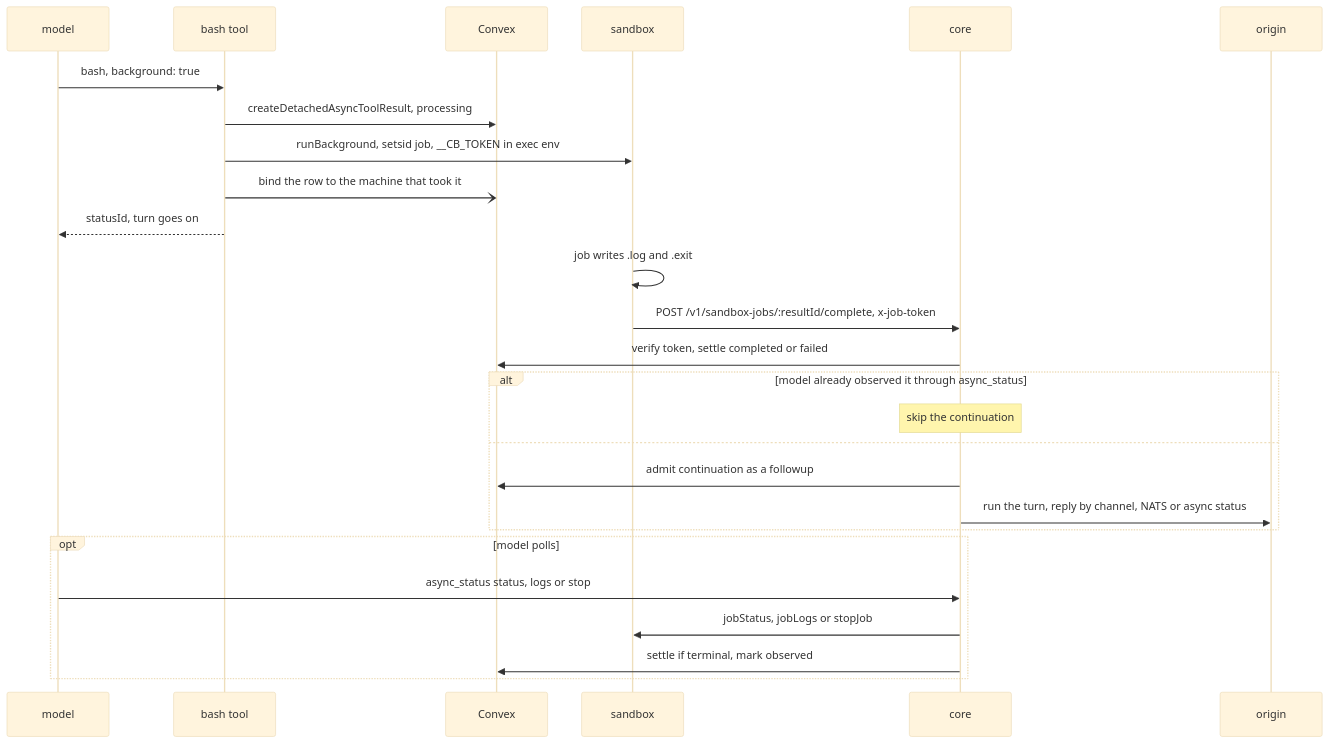
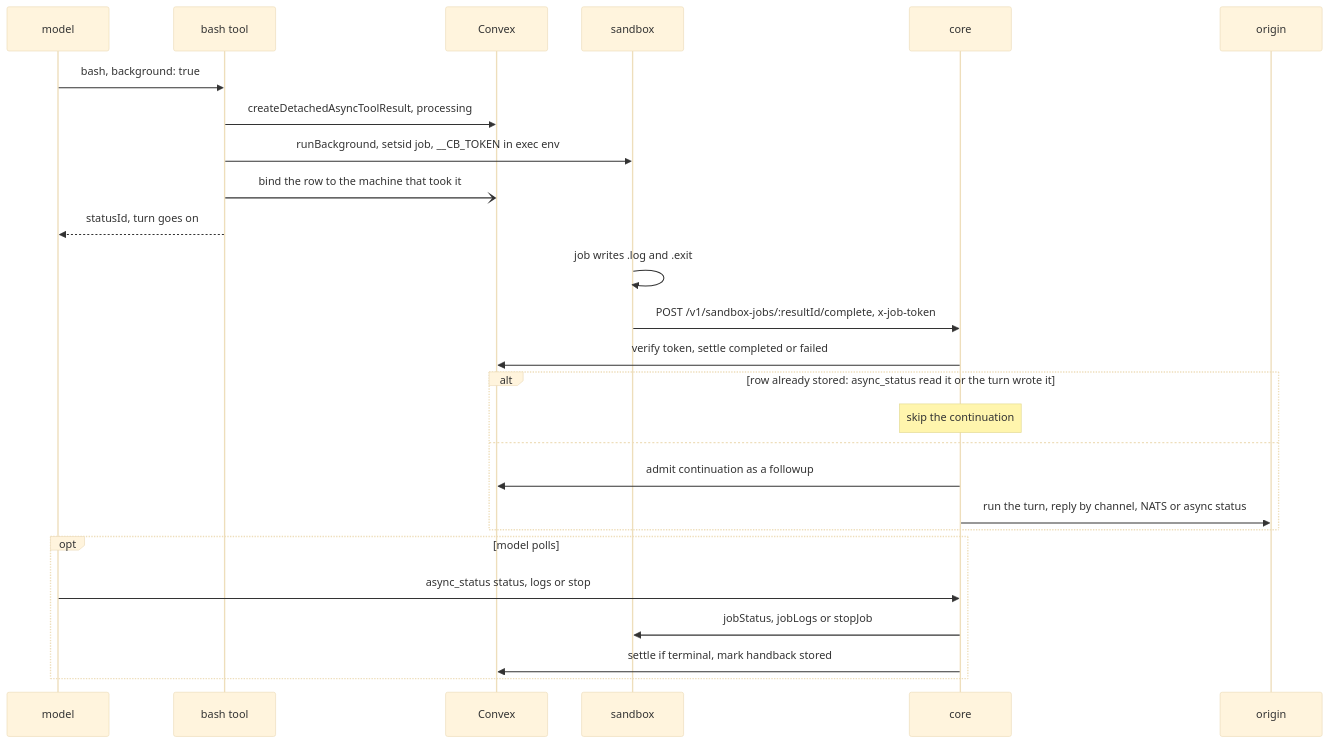
Before and after one commit to beeblastco/broods: the ninth of 22 diagrams in apps/docs/docs/internals/sandboxes.md, drawn with Mermaid (base theme). The commit also changed other lines of this file and 18 other files, not shown here.

First line of the commit message:
refactor(core,convex): name the hand-back by what it is, and strip observed once

````diff
--- a/apps/docs/docs/internals/sandboxes.md
+++ b/apps/docs/docs/internals/sandboxes.md
@@ -272,29 +272,29 @@
 ```mermaid
 sequenceDiagram
   participant M as model
   participant B as bash tool
   participant CVX as Convex
   participant S as sandbox
   participant Core as core
   participant O as origin
 
   M->>B: bash, background: true
   B->>CVX: createDetachedAsyncToolResult, processing
   B->>S: runBackground, setsid job, __CB_TOKEN in exec env
   B-)CVX: bind the row to the machine that took it
   B-->>M: statusId, turn goes on
   S->>S: job writes .log and .exit
   S->>Core: POST /v1/sandbox-jobs/:resultId/complete, x-job-token
   Core->>CVX: verify token, settle completed or failed
-  alt model already observed it through async_status
+  alt row already stored: async_status read it or the turn wrote it
     Note over Core: skip the continuation
   else
     Core->>CVX: admit continuation as a followup
     Core->>O: run the turn, reply by channel, NATS or async status
   end
   opt model polls
     M->>Core: async_status status, logs or stop
     Core->>S: jobStatus, jobLogs or stopJob
-    Core->>CVX: settle if terminal, mark observed
+    Core->>CVX: settle if terminal, mark handback stored
   end
 ```
````
